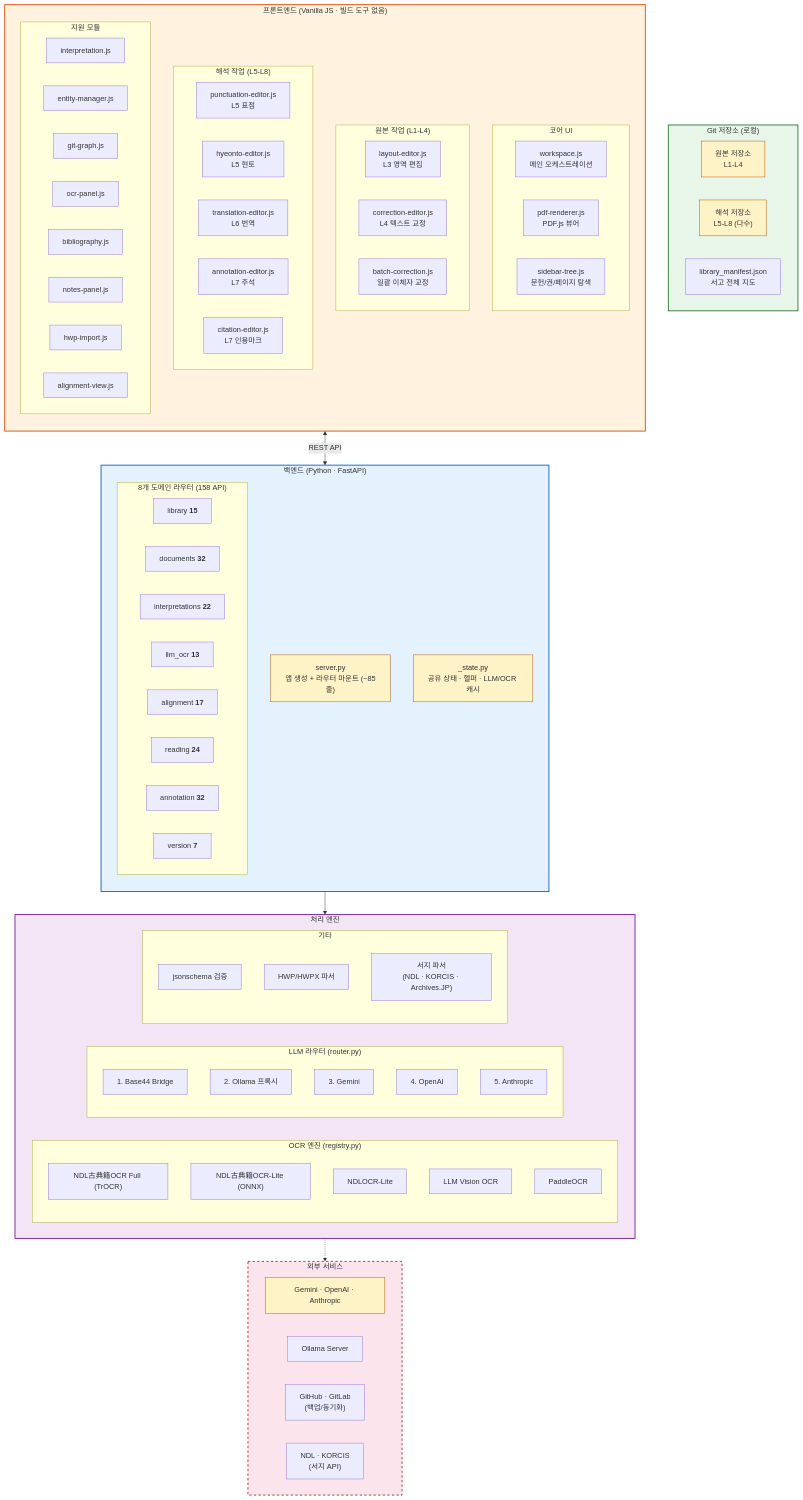
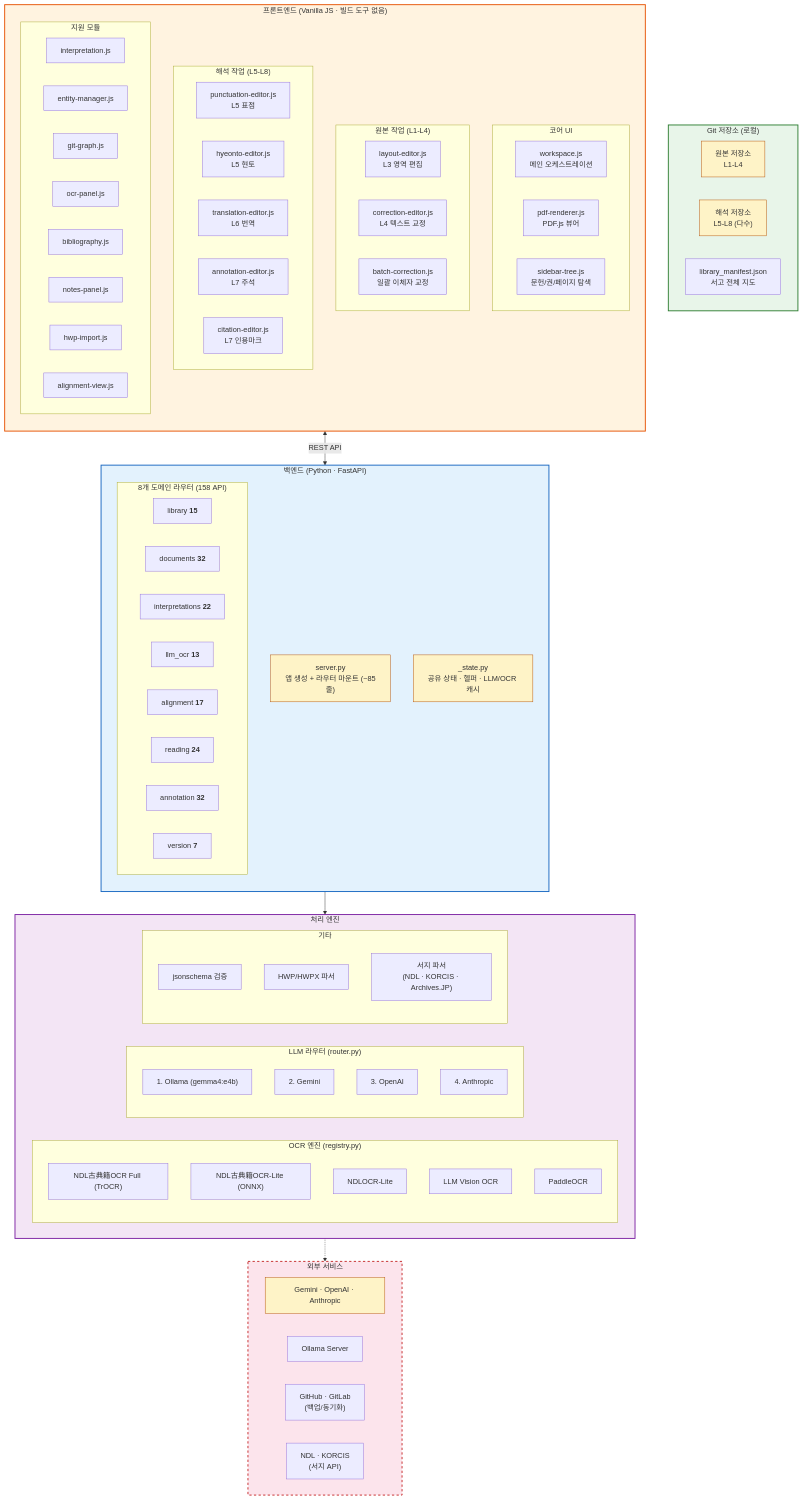
The second of 12 diagrams in docs/architecture-diagrams.md (hw725/classical-text-browser), drawn with Mermaid before and after one commit. The commit also changed other lines of this file and 19 other files, not shown here.

First line of the commit message:
refactor: Base44 InvokeLLM 제거, 로컬 모델 ollama gemma4:e4b로 교체

```diff
--- a/docs/architecture-diagrams.md
+++ b/docs/architecture-diagrams.md
@@ -161,11 +161,10 @@
             O5["PaddleOCR"]
         end
         subgraph LLM_ENG["LLM 라우터 (router.py)"]
-            LR1["1. Base44 Bridge"]
-            LR2["2. Ollama 프록시"]
-            LR3["3. Gemini"]
-            LR4["4. OpenAI"]
-            LR5["5. Anthropic"]
+            LR1["1. Ollama (gemma4:e4b)"]
+            LR2["2. Gemini"]
+            LR3["3. OpenAI"]
+            LR4["4. Anthropic"]
         end
         subgraph ETC_ENG["기타"]
             JS_VAL["jsonschema 검증"]
```
